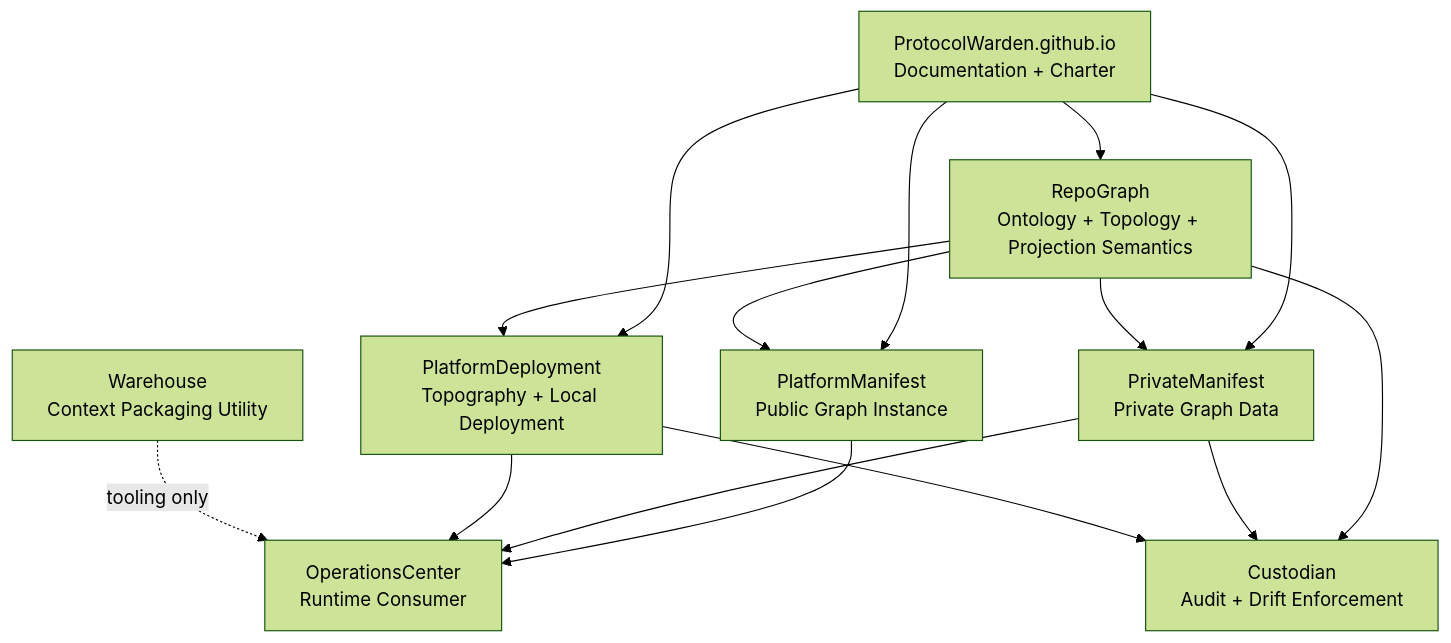
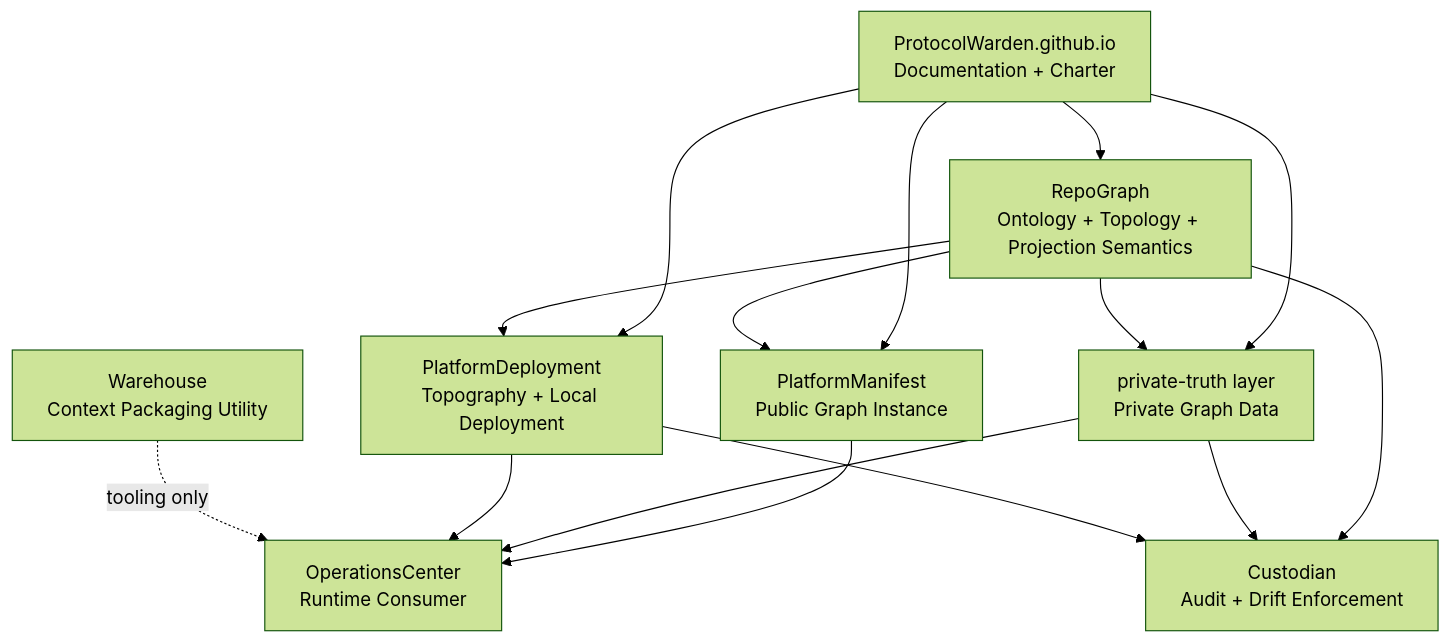
Before and after one commit to ProtocolWarden/ProtocolWarden.github.io: the first of 3 diagrams in docs/architecture/platform-architecture-charter.md, drawn with Mermaid (forest theme). The commit also changed other lines of this file and 16 other files, not shown here.

````diff
--- a/docs/architecture/platform-architecture-charter.md
+++ b/docs/architecture/platform-architecture-charter.md
@@ -202,26 +202,26 @@
 ```mermaid
 graph TD
     DOC[ProtocolWarden.github.io\nDocumentation + Charter]
     RG[RepoGraph\nOntology + Topology + Projection Semantics]
     PM[PlatformManifest\nPublic Graph Instance]
-    PRM[PrivateManifest\nPrivate Graph Data]
+    PRM[private-truth layer\nPrivate Graph Data]
     PD[PlatformDeployment\nTopography + Local Deployment]
     CUST[Custodian\nAudit + Drift Enforcement]
     OC[OperationsCenter\nRuntime Consumer]
     WH[Warehouse\nContext Packaging Utility]
 
     DOC --> RG
     DOC --> PM
     DOC --> PRM
     DOC --> PD
     RG --> PM
     RG --> PRM
     RG --> PD
     PM --> OC
     PRM --> OC
     PD --> OC
     RG --> CUST
     PRM --> CUST
     PD --> CUST
     WH -. tooling only .-> OC
 ```
````
